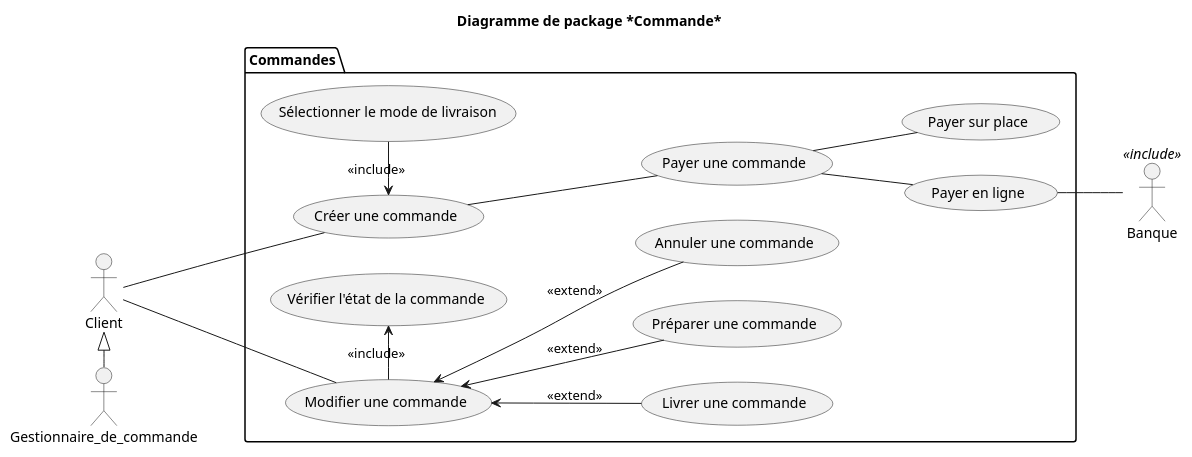
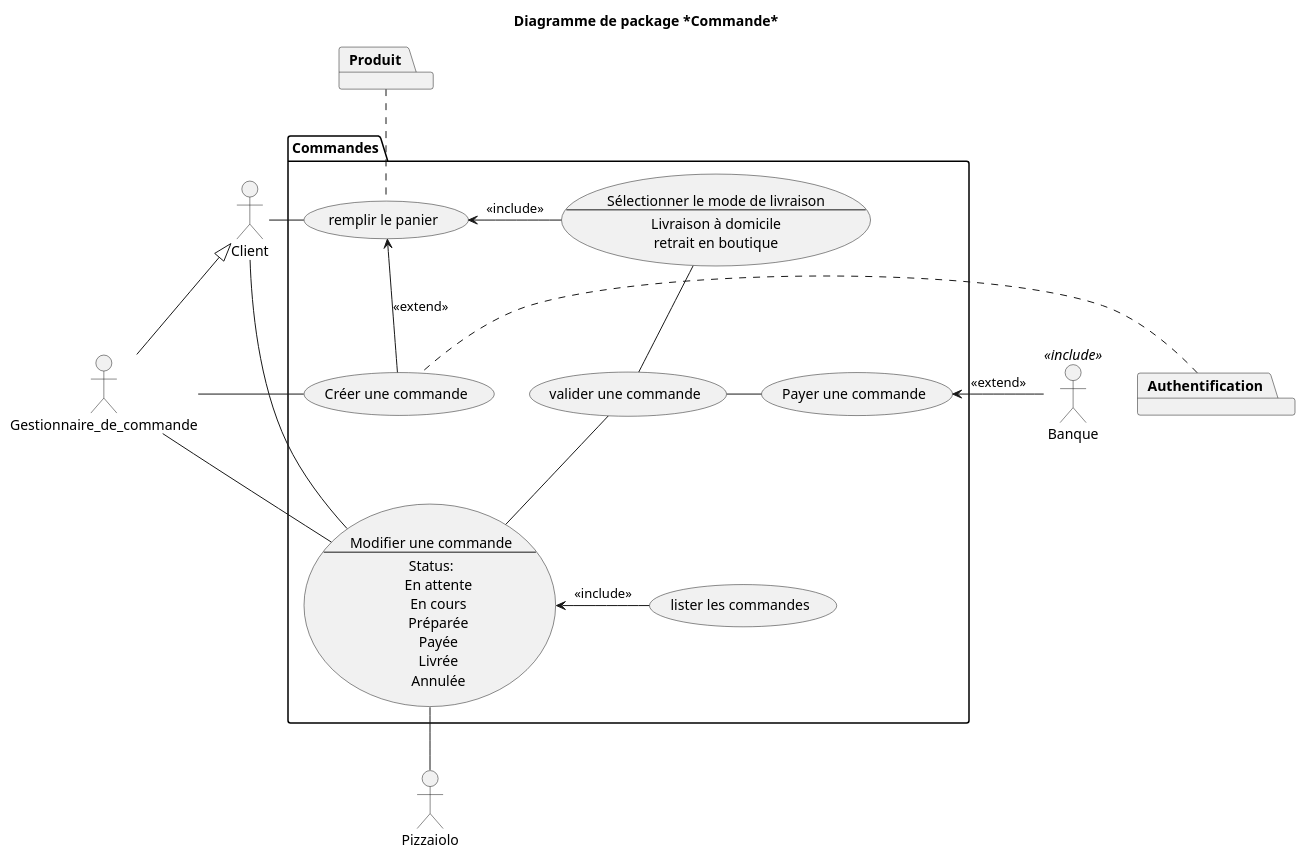
The diagram in v2/uml/03_commande.puml (Zepmanbc/oc_dapython_pr4), drawn with PlantUML before and after one commit. The commit also changed 10 other files, not shown here.

```diff
--- a/v2/uml/03_commande.puml
+++ b/v2/uml/03_commande.puml
@@ -1,37 +1,63 @@
 @startuml 03_commande
 title Diagramme de package *Commande*
 
 actor Gestionnaire_de_commande as GESTCMD
 actor Client as CUSTOMER
 actor Banque <<include>> as BANK
+actor Pizzaiolo as PZLO
 
 package Commandes{
-    left to right direction
+    ' left to right direction
     (Créer une commande) as CREATE_CMD
-    (Modifier une commande) as MODIFY_CMD
-    (Livrer une commande) as DELIVER_CMD
-    (Préparer une commande) as PREPAIR_CMD
-    (Payer en ligne) as PAY_ONLINE_CMD
+    ' (Modifier une commande) as MODIFY_CMD
+    usecase MODIFY_CMD as "Modifier une commande
+    --
+    Status:
+        En attente
+        En cours
+        Préparée
+        Payée
+        Livrée
+        Annulée
+    "
+    (valider une commande) AS CONFIRM_CMD
+    (remplir le panier) AS ADD_BASKET
+    (lister les commandes) as LIST_CMD
     (Payer une commande) as PAY_CMD
-    (Payer sur place) as PAY_CASH_CMD
-    (Annuler une commande) as CANCEL_CMD
-    (Vérifier l'état de la commande) as VERIFY_CMD
-    (Sélectionner le mode de livraison) as SELECT_DELIVER
+    ' (Sélectionner le mode de livraison) as SELECT_DELIVER
+    usecase SELECT_DELIVER as "Sélectionner le mode de livraison
+    --
+    Livraison à domicile
+    retrait en boutique"
+    
 }
+package Authentification
+package Produit
 
-CUSTOMER <|- GESTCMD
+' CUSTOMER <|-- GESTCMD
 
-CUSTOMER -- CREATE_CMD
-CREATE_CMD -- PAY_CMD
-PAY_CMD -- PAY_ONLINE_CMD
-PAY_CMD -- PAY_CASH_CMD
-PAY_ONLINE_CMD -- BANK
-CREATE_CMD <- SELECT_DELIVER : <<include>>
+CUSTOMER - ADD_BASKET
+CUSTOMER <|-- GESTCMD
 
-CUSTOMER -- MODIFY_CMD
-MODIFY_CMD -> VERIFY_CMD : <<include>>
-MODIFY_CMD <-- CANCEL_CMD : <<extend>>
-MODIFY_CMD <-- DELIVER_CMD : <<extend>>
-MODIFY_CMD <-- PREPAIR_CMD : <<extend>>
+GESTCMD - CREATE_CMD
+ADD_BASKET <-- CREATE_CMD : <<extend>>
+
+ADD_BASKET <- SELECT_DELIVER : <<include>>
+SELECT_DELIVER -- CONFIRM_CMD
+CONFIRM_CMD - PAY_CMD
+
+' PAY_CMD - PAY_CASH_CMD
+' PAY_CMD - PAY_ONLINE_CMD
+
+PAY_CMD <- BANK : <<extend>>
+
+CUSTOMER - MODIFY_CMD
+GESTCMD - MODIFY_CMD
+MODIFY_CMD -- PZLO
+CONFIRM_CMD -- MODIFY_CMD
+MODIFY_CMD <- LIST_CMD : <<include>>
+
+Authentification . CREATE_CMD
+Produit .. ADD_BASKET
 
 @enduml
```
